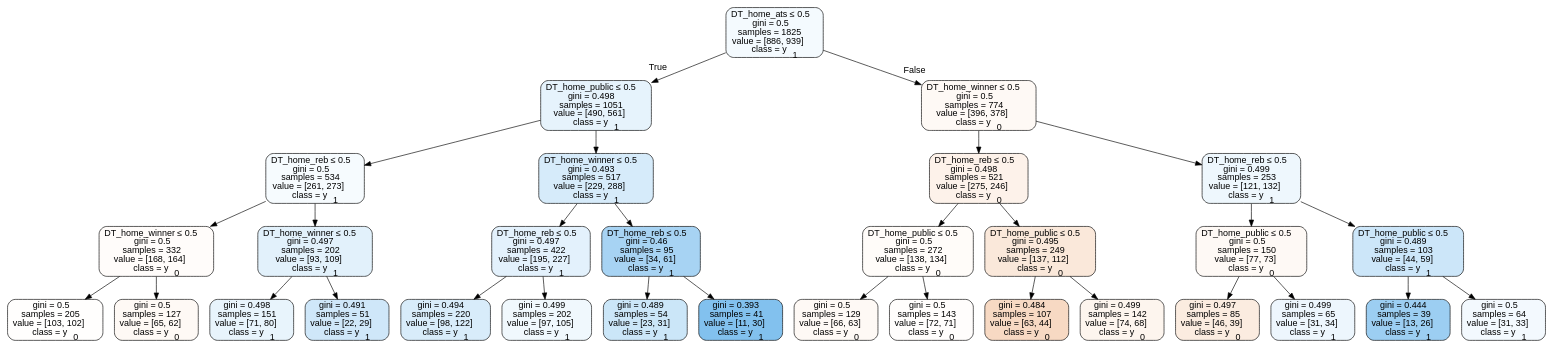
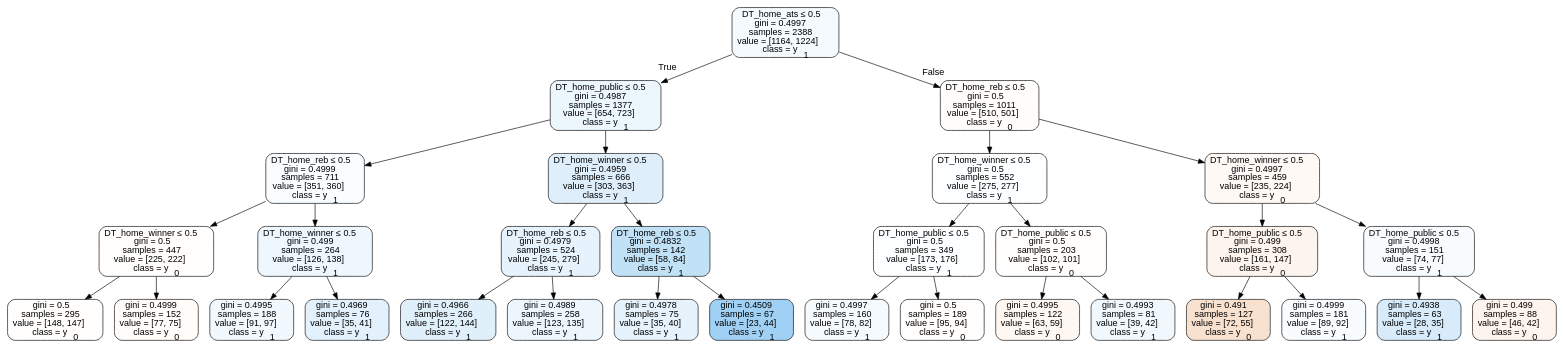
The diagram in Basketball/data/trees/tree2015neutral.dot (usbogie/ncaa-bets), drawn with Graphviz before and after one commit. The commit also changed 47 other files, not shown here.

```diff
--- a/Basketball/data/trees/tree2015neutral.dot
+++ b/Basketball/data/trees/tree2015neutral.dot
@@ -1,65 +1,65 @@
 digraph Tree {
 node [shape=box, style="filled, rounded", color="black", fontname=helvetica] ;
 edge [fontname=helvetica] ;
-0 [label=<DT_home_ats &le; 0.5<br/>gini = 0.5<br/>samples = 1825<br/>value = [886, 939]<br/>class = y<SUB>1</SUB>>, fillcolor="#399de50e"] ;
-1 [label=<DT_home_public &le; 0.5<br/>gini = 0.498<br/>samples = 1051<br/>value = [490, 561]<br/>class = y<SUB>1</SUB>>, fillcolor="#399de520"] ;
+0 [label=<DT_home_ats &le; 0.5<br/>gini = 0.4997<br/>samples = 2388<br/>value = [1164, 1224]<br/>class = y<SUB>1</SUB>>, fillcolor="#399de50c"] ;
+1 [label=<DT_home_public &le; 0.5<br/>gini = 0.4987<br/>samples = 1377<br/>value = [654, 723]<br/>class = y<SUB>1</SUB>>, fillcolor="#399de518"] ;
 0 -> 1 [labeldistance=2.5, labelangle=45, headlabel="True"] ;
-2 [label=<DT_home_reb &le; 0.5<br/>gini = 0.5<br/>samples = 534<br/>value = [261, 273]<br/>class = y<SUB>1</SUB>>, fillcolor="#399de50b"] ;
+2 [label=<DT_home_reb &le; 0.5<br/>gini = 0.4999<br/>samples = 711<br/>value = [351, 360]<br/>class = y<SUB>1</SUB>>, fillcolor="#399de506"] ;
 1 -> 2 ;
-3 [label=<DT_home_winner &le; 0.5<br/>gini = 0.5<br/>samples = 332<br/>value = [168, 164]<br/>class = y<SUB>0</SUB>>, fillcolor="#e5813906"] ;
+3 [label=<DT_home_winner &le; 0.5<br/>gini = 0.5<br/>samples = 447<br/>value = [225, 222]<br/>class = y<SUB>0</SUB>>, fillcolor="#e5813903"] ;
 2 -> 3 ;
-4 [label=<gini = 0.5<br/>samples = 205<br/>value = [103, 102]<br/>class = y<SUB>0</SUB>>, fillcolor="#e5813902"] ;
+4 [label=<gini = 0.5<br/>samples = 295<br/>value = [148, 147]<br/>class = y<SUB>0</SUB>>, fillcolor="#e5813902"] ;
 3 -> 4 ;
-5 [label=<gini = 0.5<br/>samples = 127<br/>value = [65, 62]<br/>class = y<SUB>0</SUB>>, fillcolor="#e581390c"] ;
+5 [label=<gini = 0.4999<br/>samples = 152<br/>value = [77, 75]<br/>class = y<SUB>0</SUB>>, fillcolor="#e5813907"] ;
 3 -> 5 ;
-6 [label=<DT_home_winner &le; 0.5<br/>gini = 0.497<br/>samples = 202<br/>value = [93, 109]<br/>class = y<SUB>1</SUB>>, fillcolor="#399de525"] ;
+6 [label=<DT_home_winner &le; 0.5<br/>gini = 0.499<br/>samples = 264<br/>value = [126, 138]<br/>class = y<SUB>1</SUB>>, fillcolor="#399de516"] ;
 2 -> 6 ;
-7 [label=<gini = 0.498<br/>samples = 151<br/>value = [71, 80]<br/>class = y<SUB>1</SUB>>, fillcolor="#399de51d"] ;
+7 [label=<gini = 0.4995<br/>samples = 188<br/>value = [91, 97]<br/>class = y<SUB>1</SUB>>, fillcolor="#399de510"] ;
 6 -> 7 ;
-8 [label=<gini = 0.491<br/>samples = 51<br/>value = [22, 29]<br/>class = y<SUB>1</SUB>>, fillcolor="#399de53e"] ;
+8 [label=<gini = 0.4969<br/>samples = 76<br/>value = [35, 41]<br/>class = y<SUB>1</SUB>>, fillcolor="#399de525"] ;
 6 -> 8 ;
-9 [label=<DT_home_winner &le; 0.5<br/>gini = 0.493<br/>samples = 517<br/>value = [229, 288]<br/>class = y<SUB>1</SUB>>, fillcolor="#399de534"] ;
+9 [label=<DT_home_winner &le; 0.5<br/>gini = 0.4959<br/>samples = 666<br/>value = [303, 363]<br/>class = y<SUB>1</SUB>>, fillcolor="#399de52a"] ;
 1 -> 9 ;
-10 [label=<DT_home_reb &le; 0.5<br/>gini = 0.497<br/>samples = 422<br/>value = [195, 227]<br/>class = y<SUB>1</SUB>>, fillcolor="#399de524"] ;
+10 [label=<DT_home_reb &le; 0.5<br/>gini = 0.4979<br/>samples = 524<br/>value = [245, 279]<br/>class = y<SUB>1</SUB>>, fillcolor="#399de51f"] ;
 9 -> 10 ;
-11 [label=<gini = 0.494<br/>samples = 220<br/>value = [98, 122]<br/>class = y<SUB>1</SUB>>, fillcolor="#399de532"] ;
+11 [label=<gini = 0.4966<br/>samples = 266<br/>value = [122, 144]<br/>class = y<SUB>1</SUB>>, fillcolor="#399de527"] ;
 10 -> 11 ;
-12 [label=<gini = 0.499<br/>samples = 202<br/>value = [97, 105]<br/>class = y<SUB>1</SUB>>, fillcolor="#399de513"] ;
+12 [label=<gini = 0.4989<br/>samples = 258<br/>value = [123, 135]<br/>class = y<SUB>1</SUB>>, fillcolor="#399de517"] ;
 10 -> 12 ;
-13 [label=<DT_home_reb &le; 0.5<br/>gini = 0.46<br/>samples = 95<br/>value = [34, 61]<br/>class = y<SUB>1</SUB>>, fillcolor="#399de571"] ;
+13 [label=<DT_home_reb &le; 0.5<br/>gini = 0.4832<br/>samples = 142<br/>value = [58, 84]<br/>class = y<SUB>1</SUB>>, fillcolor="#399de54f"] ;
 9 -> 13 ;
-14 [label=<gini = 0.489<br/>samples = 54<br/>value = [23, 31]<br/>class = y<SUB>1</SUB>>, fillcolor="#399de542"] ;
+14 [label=<gini = 0.4978<br/>samples = 75<br/>value = [35, 40]<br/>class = y<SUB>1</SUB>>, fillcolor="#399de520"] ;
 13 -> 14 ;
-15 [label=<gini = 0.393<br/>samples = 41<br/>value = [11, 30]<br/>class = y<SUB>1</SUB>>, fillcolor="#399de5a1"] ;
+15 [label=<gini = 0.4509<br/>samples = 67<br/>value = [23, 44]<br/>class = y<SUB>1</SUB>>, fillcolor="#399de57a"] ;
 13 -> 15 ;
-16 [label=<DT_home_winner &le; 0.5<br/>gini = 0.5<br/>samples = 774<br/>value = [396, 378]<br/>class = y<SUB>0</SUB>>, fillcolor="#e581390c"] ;
+16 [label=<DT_home_reb &le; 0.5<br/>gini = 0.5<br/>samples = 1011<br/>value = [510, 501]<br/>class = y<SUB>0</SUB>>, fillcolor="#e5813904"] ;
 0 -> 16 [labeldistance=2.5, labelangle=-45, headlabel="False"] ;
-17 [label=<DT_home_reb &le; 0.5<br/>gini = 0.498<br/>samples = 521<br/>value = [275, 246]<br/>class = y<SUB>0</SUB>>, fillcolor="#e581391b"] ;
+17 [label=<DT_home_winner &le; 0.5<br/>gini = 0.5<br/>samples = 552<br/>value = [275, 277]<br/>class = y<SUB>1</SUB>>, fillcolor="#399de502"] ;
 16 -> 17 ;
-18 [label=<DT_home_public &le; 0.5<br/>gini = 0.5<br/>samples = 272<br/>value = [138, 134]<br/>class = y<SUB>0</SUB>>, fillcolor="#e5813907"] ;
+18 [label=<DT_home_public &le; 0.5<br/>gini = 0.5<br/>samples = 349<br/>value = [173, 176]<br/>class = y<SUB>1</SUB>>, fillcolor="#399de504"] ;
 17 -> 18 ;
-19 [label=<gini = 0.5<br/>samples = 129<br/>value = [66, 63]<br/>class = y<SUB>0</SUB>>, fillcolor="#e581390c"] ;
+19 [label=<gini = 0.4997<br/>samples = 160<br/>value = [78, 82]<br/>class = y<SUB>1</SUB>>, fillcolor="#399de50c"] ;
 18 -> 19 ;
-20 [label=<gini = 0.5<br/>samples = 143<br/>value = [72, 71]<br/>class = y<SUB>0</SUB>>, fillcolor="#e5813904"] ;
+20 [label=<gini = 0.5<br/>samples = 189<br/>value = [95, 94]<br/>class = y<SUB>0</SUB>>, fillcolor="#e5813903"] ;
 18 -> 20 ;
-21 [label=<DT_home_public &le; 0.5<br/>gini = 0.495<br/>samples = 249<br/>value = [137, 112]<br/>class = y<SUB>0</SUB>>, fillcolor="#e581392f"] ;
+21 [label=<DT_home_public &le; 0.5<br/>gini = 0.5<br/>samples = 203<br/>value = [102, 101]<br/>class = y<SUB>0</SUB>>, fillcolor="#e5813903"] ;
 17 -> 21 ;
-22 [label=<gini = 0.484<br/>samples = 107<br/>value = [63, 44]<br/>class = y<SUB>0</SUB>>, fillcolor="#e581394d"] ;
+22 [label=<gini = 0.4995<br/>samples = 122<br/>value = [63, 59]<br/>class = y<SUB>0</SUB>>, fillcolor="#e5813910"] ;
 21 -> 22 ;
-23 [label=<gini = 0.499<br/>samples = 142<br/>value = [74, 68]<br/>class = y<SUB>0</SUB>>, fillcolor="#e5813915"] ;
+23 [label=<gini = 0.4993<br/>samples = 81<br/>value = [39, 42]<br/>class = y<SUB>1</SUB>>, fillcolor="#399de512"] ;
 21 -> 23 ;
-24 [label=<DT_home_reb &le; 0.5<br/>gini = 0.499<br/>samples = 253<br/>value = [121, 132]<br/>class = y<SUB>1</SUB>>, fillcolor="#399de515"] ;
+24 [label=<DT_home_winner &le; 0.5<br/>gini = 0.4997<br/>samples = 459<br/>value = [235, 224]<br/>class = y<SUB>0</SUB>>, fillcolor="#e581390c"] ;
 16 -> 24 ;
-25 [label=<DT_home_public &le; 0.5<br/>gini = 0.5<br/>samples = 150<br/>value = [77, 73]<br/>class = y<SUB>0</SUB>>, fillcolor="#e581390d"] ;
+25 [label=<DT_home_public &le; 0.5<br/>gini = 0.499<br/>samples = 308<br/>value = [161, 147]<br/>class = y<SUB>0</SUB>>, fillcolor="#e5813916"] ;
 24 -> 25 ;
-26 [label=<gini = 0.497<br/>samples = 85<br/>value = [46, 39]<br/>class = y<SUB>0</SUB>>, fillcolor="#e5813927"] ;
+26 [label=<gini = 0.491<br/>samples = 127<br/>value = [72, 55]<br/>class = y<SUB>0</SUB>>, fillcolor="#e581393c"] ;
 25 -> 26 ;
-27 [label=<gini = 0.499<br/>samples = 65<br/>value = [31, 34]<br/>class = y<SUB>1</SUB>>, fillcolor="#399de517"] ;
+27 [label=<gini = 0.4999<br/>samples = 181<br/>value = [89, 92]<br/>class = y<SUB>1</SUB>>, fillcolor="#399de508"] ;
 25 -> 27 ;
-28 [label=<DT_home_public &le; 0.5<br/>gini = 0.489<br/>samples = 103<br/>value = [44, 59]<br/>class = y<SUB>1</SUB>>, fillcolor="#399de541"] ;
+28 [label=<DT_home_public &le; 0.5<br/>gini = 0.4998<br/>samples = 151<br/>value = [74, 77]<br/>class = y<SUB>1</SUB>>, fillcolor="#399de50a"] ;
 24 -> 28 ;
-29 [label=<gini = 0.444<br/>samples = 39<br/>value = [13, 26]<br/>class = y<SUB>1</SUB>>, fillcolor="#399de57f"] ;
+29 [label=<gini = 0.4938<br/>samples = 63<br/>value = [28, 35]<br/>class = y<SUB>1</SUB>>, fillcolor="#399de533"] ;
 28 -> 29 ;
-30 [label=<gini = 0.5<br/>samples = 64<br/>value = [31, 33]<br/>class = y<SUB>1</SUB>>, fillcolor="#399de50f"] ;
+30 [label=<gini = 0.499<br/>samples = 88<br/>value = [46, 42]<br/>class = y<SUB>0</SUB>>, fillcolor="#e5813916"] ;
 28 -> 30 ;
 }
```
